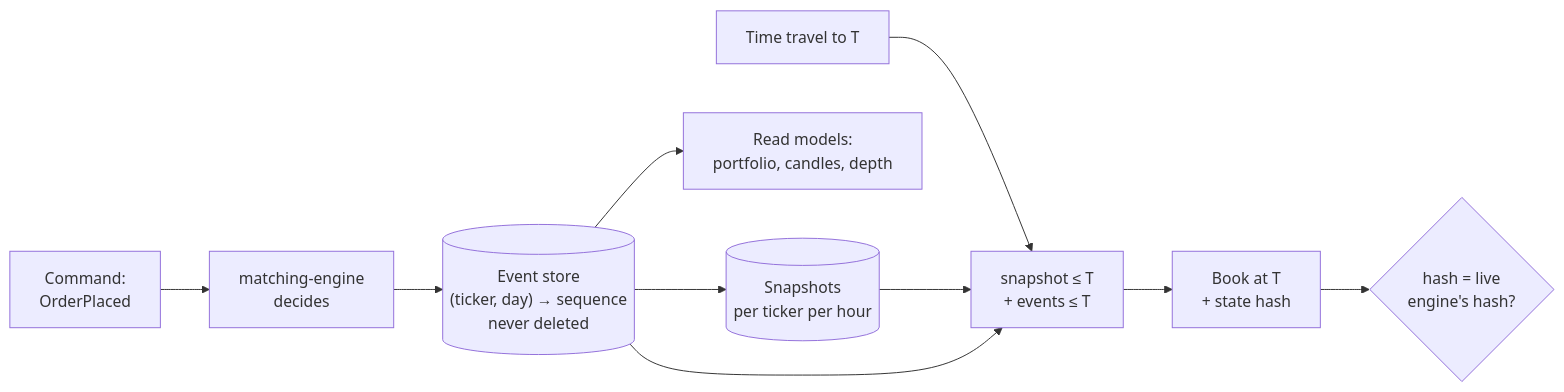
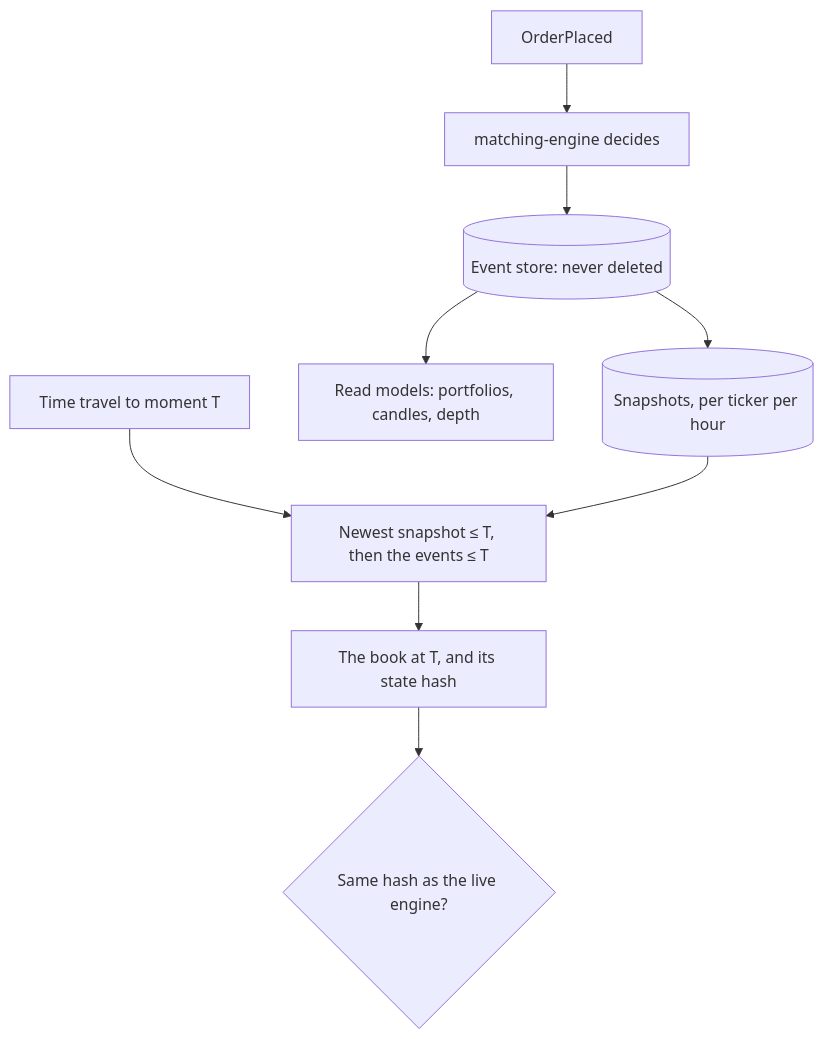
One commit to Kaizer-1/CircuitBreaker changed the fifth of 6 diagrams in README.md. Above: the diagram before and after it, drawn with Mermaid. The commit also changed other lines of this file, not shown here.

Commit message:
docs(readme): diagrams sized for GitHub's column; details beside them in words

````diff
--- a/README.md
+++ b/README.md
@@ -266,12 +282,11 @@
 ```mermaid
-flowchart LR
-    C["Command:<br/>OrderPlaced"] --> E["matching-engine<br/>decides"]
-    E --> S[("Event store<br/>(ticker, day) → sequence<br/>never deleted")]
-    S --> N[("Snapshots<br/>per ticker per hour")]
-    S --> R["Read models:<br/>portfolio, candles, depth"]
-    T["Time travel to T"] --> Q["snapshot ≤ T<br/>+ events ≤ T"]
+flowchart TB
+    C["OrderPlaced"] --> E["matching-engine decides"]
+    E --> S[("Event store: never deleted")]
+    S --> N[("Snapshots, per ticker per hour")]
+    S --> R["Read models: portfolios, candles, depth"]
+    T["Time travel to moment T"] --> Q["Newest snapshot ≤ T, then the events ≤ T"]
     N --> Q
-    S --> Q
-    Q --> B["Book at T<br/>+ state hash"]
-    B --> V{"hash = live<br/>engine's hash?"}
+    Q --> B["The book at T, and its state hash"]
+    B --> V{"Same hash as the live engine?"}
 ```
````
